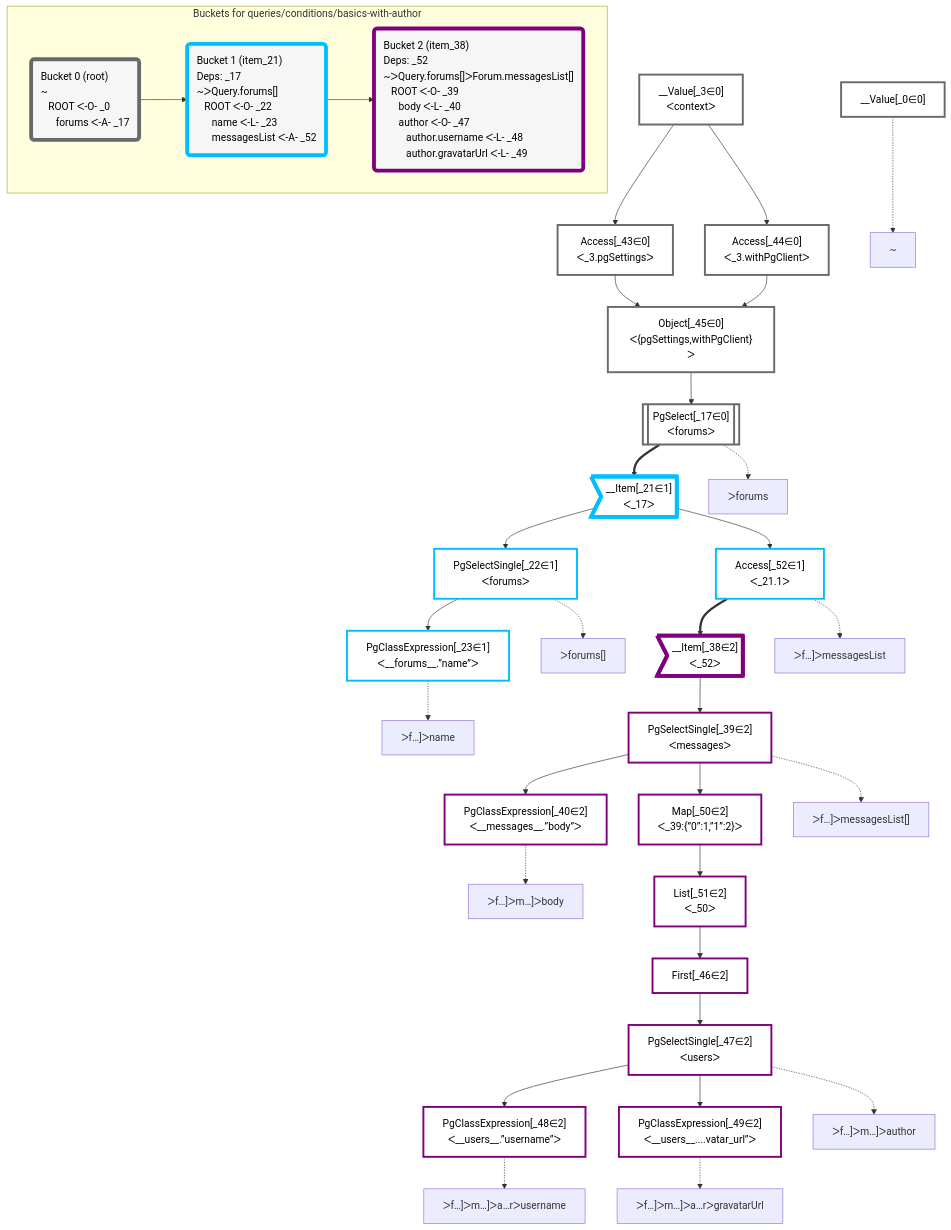
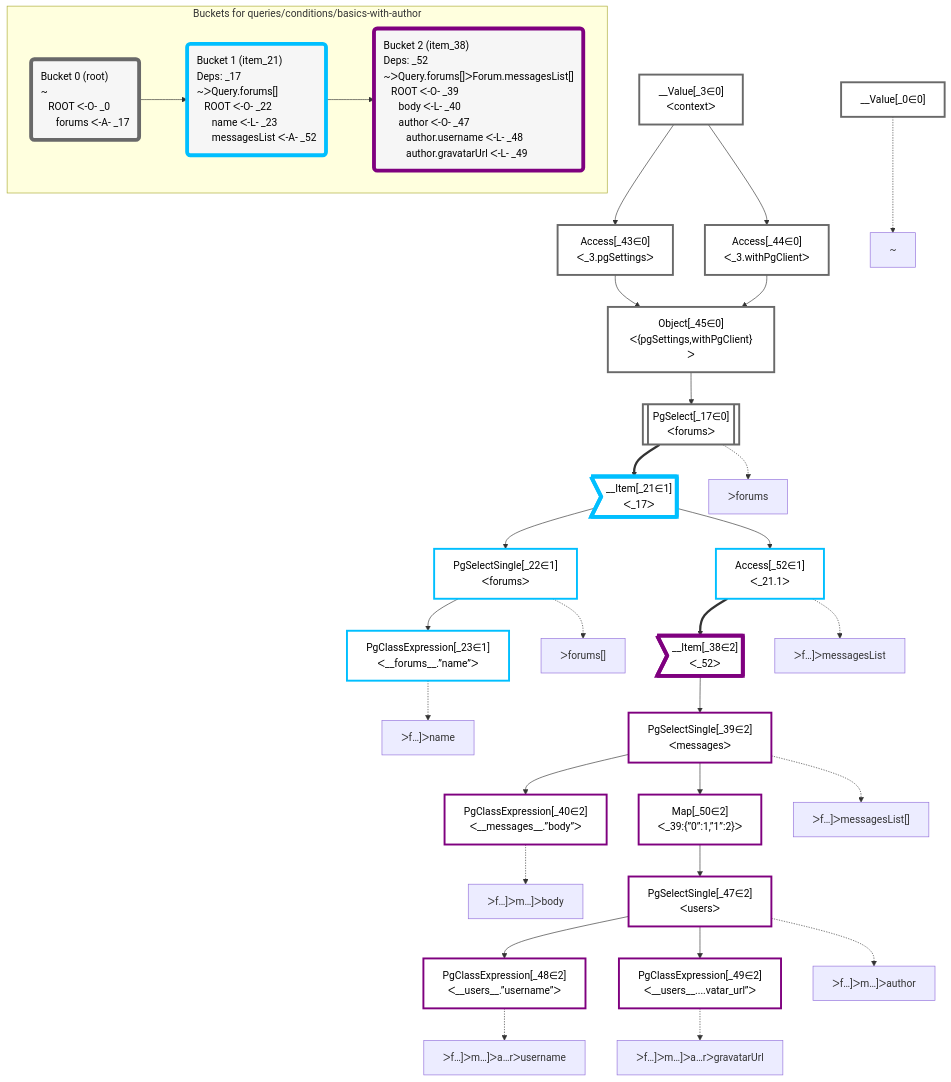
One commit to graphile/crystal changed the diagram in packages/dataplan-pg/__tests__/queries/conditions/basics-with-author.mermaid.md. Above: the diagram before and after it, drawn with Mermaid. The commit also changed 67 other files, not shown here.

```diff
--- a/packages/dataplan-pg/__tests__/queries/conditions/basics-with-author.mermaid.md
+++ b/packages/dataplan-pg/__tests__/queries/conditions/basics-with-author.mermaid.md
@@ -20,12 +20,10 @@
     Access_43["Access[_43∈0]<br />ᐸ_3.pgSettingsᐳ"]:::plan
     Access_44["Access[_44∈0]<br />ᐸ_3.withPgClientᐳ"]:::plan
     Object_45["Object[_45∈0]<br />ᐸ{pgSettings,withPgClient}ᐳ"]:::plan
-    First_46["First[_46∈2]"]:::plan
     PgSelectSingle_47["PgSelectSingle[_47∈2]<br />ᐸusersᐳ"]:::plan
     PgClassExpression_48["PgClassExpression[_48∈2]<br />ᐸ__users__.”username”ᐳ"]:::plan
     PgClassExpression_49["PgClassExpression[_49∈2]<br />ᐸ__users__....vatar_url”ᐳ"]:::plan
     Map_50["Map[_50∈2]<br />ᐸ_39:{”0”:1,”1”:2}ᐳ"]:::plan
-    List_51["List[_51∈2]<br />ᐸ_50ᐳ"]:::plan
     Access_52["Access[_52∈1]<br />ᐸ_21.1ᐳ"]:::plan
 
     %% plan dependencies
@@ -40,12 +38,10 @@
     __Value_3 --> Access_44
     Access_43 --> Object_45
     Access_44 --> Object_45
-    List_51 --> First_46
-    First_46 --> PgSelectSingle_47
+    Map_50 --> PgSelectSingle_47
     PgSelectSingle_47 --> PgClassExpression_48
     PgSelectSingle_47 --> PgClassExpression_49
     PgSelectSingle_39 --> Map_50
-    Map_50 --> List_51
     __Item_21 --> Access_52
 
     %% plan-to-path relationships
@@ -76,7 +72,7 @@
     classDef bucket1 stroke:#00bfff
     class __Item_21,PgSelectSingle_22,PgClassExpression_23,Access_52 bucket1
     classDef bucket2 stroke:#7f007f
-    class __Item_38,PgSelectSingle_39,PgClassExpression_40,First_46,PgSelectSingle_47,PgClassExpression_48,PgClassExpression_49,Map_50,List_51 bucket2
+    class __Item_38,PgSelectSingle_39,PgClassExpression_40,PgSelectSingle_47,PgClassExpression_48,PgClassExpression_49,Map_50 bucket2
 
     subgraph "Buckets for queries/conditions/basics-with-author"
     Bucket0("Bucket 0 (root)<br />~<br />⠀ROOT ᐸ-O- _0<br />⠀⠀forums ᐸ-A- _17"):::bucket
```
